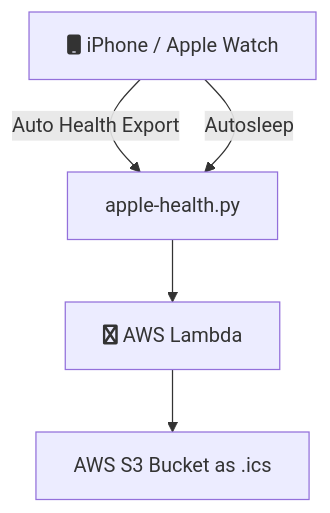
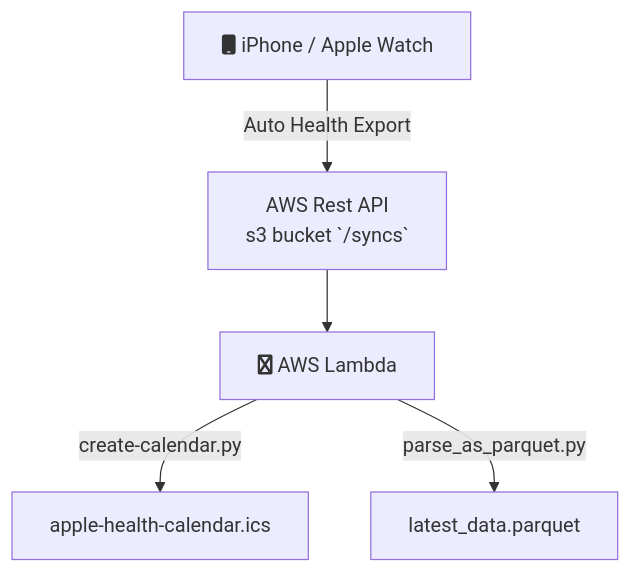
One commit to namtonthat/apple-health-data changed the diagram in README.md. Above: the diagram before and after it, drawn with Mermaid. The commit also changed other lines of this file and 11 other files, not shown here.

````diff
--- a/README.md
+++ b/README.md
@@ -4,7 +4,7 @@
 ```mermaid
 graph TD
     A[fa:fa-mobile iPhone / Apple Watch] -->|Auto Health Export|B
-    A[fa:fa-mobile iPhone / Apple Watch] -->|Autosleep|B
-    B[apple-health.py] --> C[fa:fa-aws AWS Lambda]
-    C --> D[AWS S3 Bucket as .ics]
+    B[AWS Rest API <br> s3 bucket `/syncs`] --> C[fa:fa-aws AWS Lambda]
+    C -->|create-calendar.py| D[apple-health-calendar.ics]
+    C -->|parse_as_parquet.py| E[latest_data.parquet]
 ```
````
